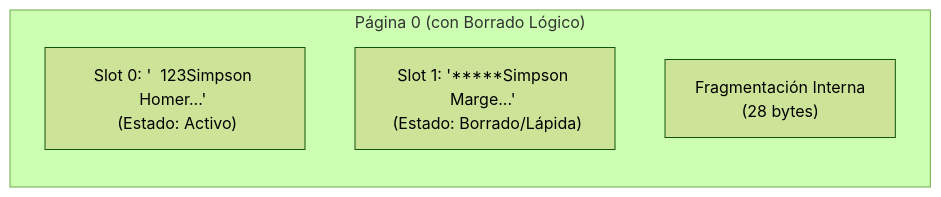
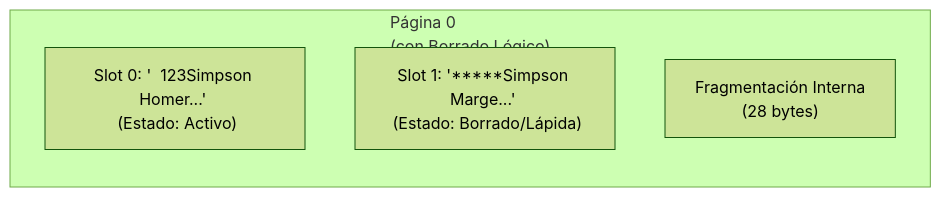
One commit to DS-UdeA/2026-1 changed the third of 4 diagrams in clases/clase_04/ejemplos/FLR/packet/README.md. Above: the diagram before and after it, drawn with Mermaid (forest theme). The commit also changed other lines of this file and 3 other files, not shown here.

````diff
--- a/clases/clase_04/ejemplos/FLR/packet/README.md
+++ b/clases/clase_04/ejemplos/FLR/packet/README.md
@@ -57,10 +56,10 @@
 ```mermaid
 graph TD
-    subgraph "Página 0 (con Borrado Lógico)"
+    subgraph "Página 0 <br/> (con Borrado Lógico)"
         direction TB
         Homer["Slot 0: '  123Simpson Homer...' <br/> (Estado: Activo)"]
         Marge["Slot 1: '*****Simpson Marge...' <br/> (Estado: Borrado/Lápida)"]
         Frag["Fragmentación Interna <br/> (28 bytes)"]
     end
 
 ```
````
